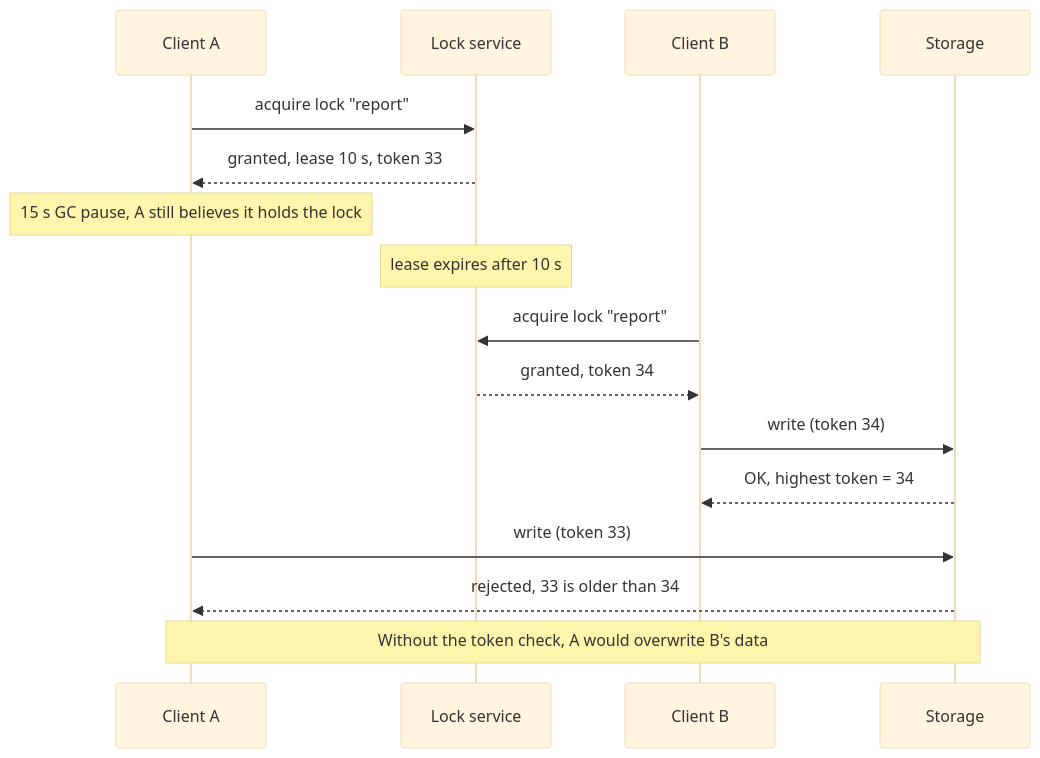
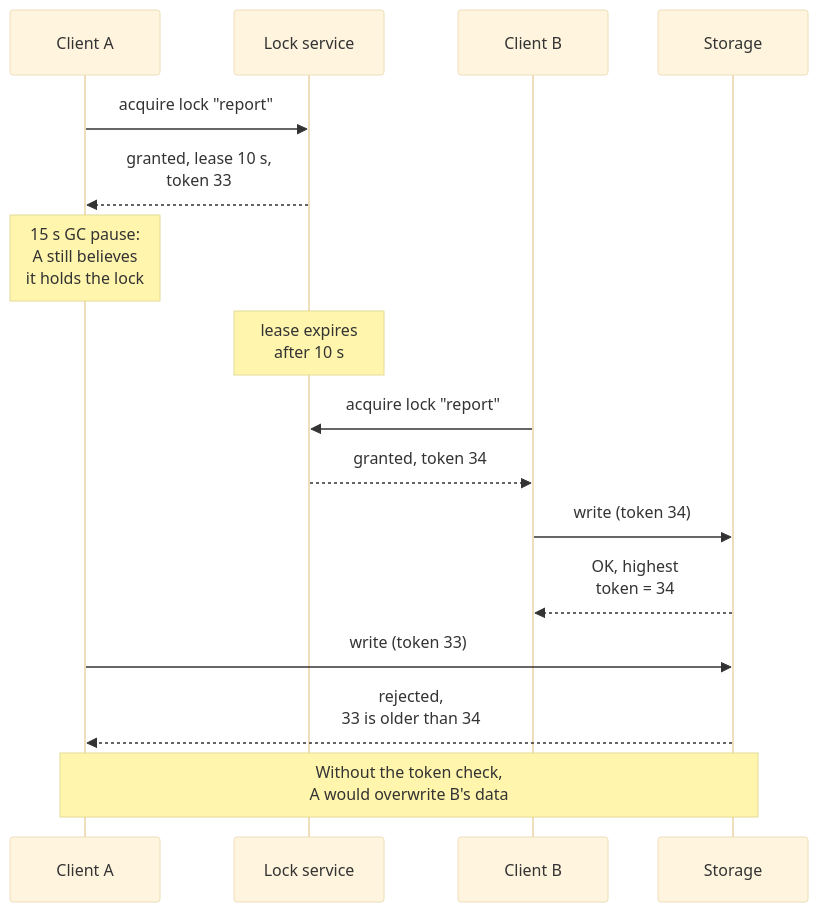
The second of 2 diagrams in src/content/docs/fundamentals/consensus-and-coordination.mdx (butyavk/system-design), drawn with Mermaid (base theme) before and after one commit. The commit also changed other lines of this file and 144 other files, not shown here.

````diff
--- a/src/content/docs/fundamentals/consensus-and-coordination.mdx
+++ b/src/content/docs/fundamentals/consensus-and-coordination.mdx
@@ -126,18 +127,18 @@
 ```mermaid
 sequenceDiagram
   participant A as Client A
   participant LS as Lock service
   participant B as Client B
   participant S as Storage
   A->>LS: acquire lock "report"
-  LS-->>A: granted, lease 10 s, token 33
-  Note over A: 15 s GC pause, A still believes it holds the lock
-  Note over LS: lease expires after 10 s
+  LS-->>A: granted, lease 10 s,<br/>token 33
+  Note over A: 15 s GC pause:<br/>A still believes<br/>it holds the lock
+  Note over LS: lease expires<br/>after 10 s
   B->>LS: acquire lock "report"
   LS-->>B: granted, token 34
   B->>S: write (token 34)
-  S-->>B: OK, highest token = 34
+  S-->>B: OK, highest<br/>token = 34
   A->>S: write (token 33)
-  S-->>A: rejected, 33 is older than 34
-  Note over A,S: Without the token check, A would overwrite B's data
+  S-->>A: rejected,<br/>33 is older than 34
+  Note over A,S: Without the token check,<br/>A would overwrite B's data
 ```
````
